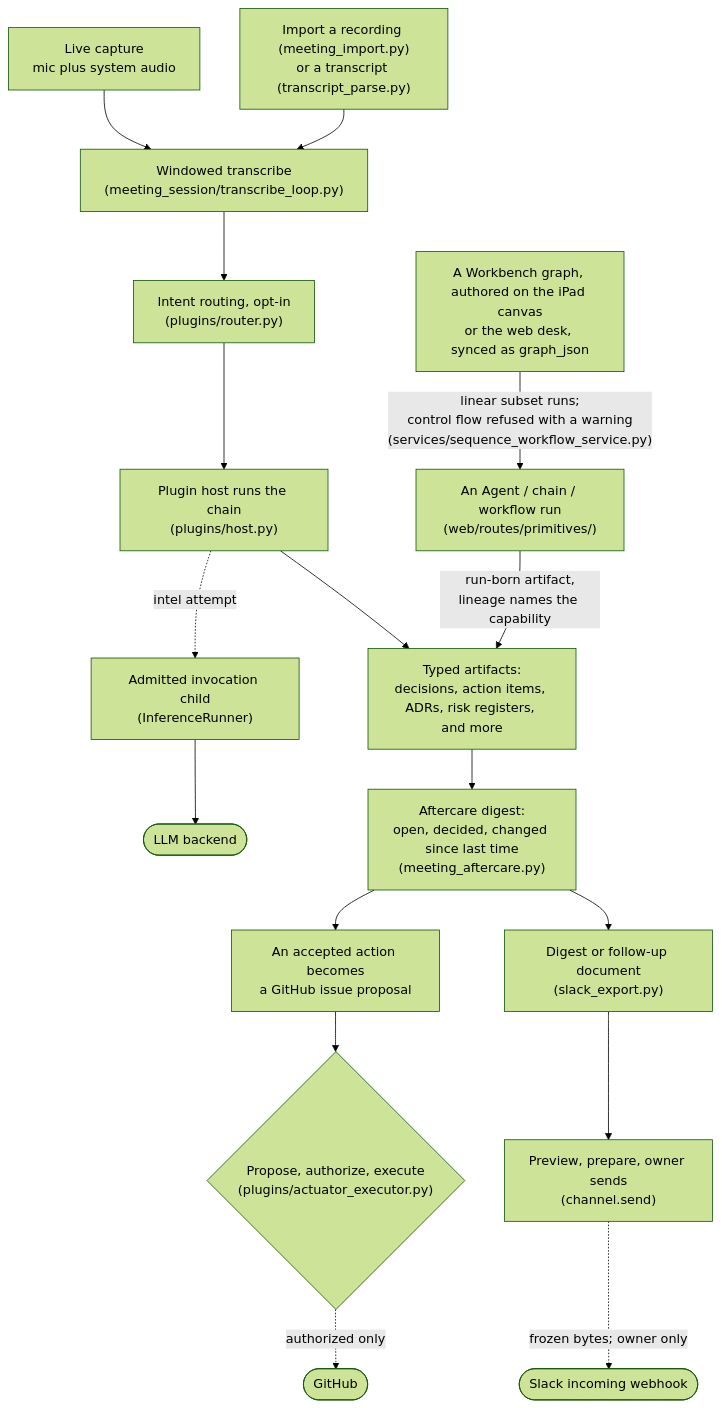
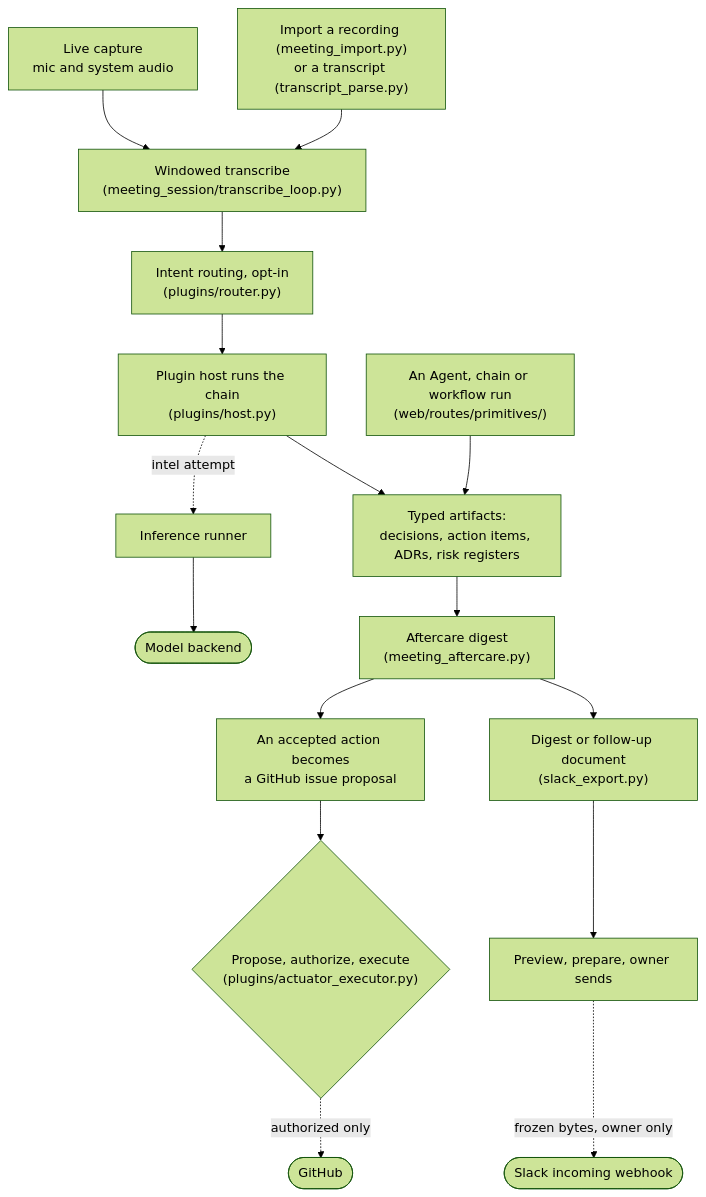
One commit to karolswdev/HoldSpeak changed the fourth of 8 diagrams in docs/ARCHITECTURE.md. Above: the diagram before and after it, drawn with Mermaid (forest theme). The commit also changed other lines of this file and 66 other files, not shown here.

````diff
--- a/docs/ARCHITECTURE.md
+++ b/docs/ARCHITECTURE.md
@@ -458,20 +243,19 @@
 ```mermaid
 flowchart TD
-  LIVE["Live capture<br/>mic plus system audio"] --> TRW
+  LIVE["Live capture<br/>mic and system audio"] --> TRW
   IMP["Import a recording (meeting_import.py)<br/>or a transcript (transcript_parse.py)"] --> TRW
   TRW["Windowed transcribe<br/>(meeting_session/transcribe_loop.py)"] --> ROUTE
   ROUTE["Intent routing, opt-in<br/>(plugins/router.py)"] --> HOST
   HOST["Plugin host runs the chain<br/>(plugins/host.py)"]
-  HOST -. "intel attempt" .-> IR["Admitted invocation child<br/>(InferenceRunner)"]
-  IR --> LLM(["LLM backend"])
-  HOST --> ART["Typed artifacts:<br/>decisions, action items, ADRs, risk registers, and more"]
-  RUNB["An Agent / chain / workflow run<br/>(web/routes/primitives/)"] -- "run-born artifact,<br/>lineage names the capability" --> ART
-  GRAPH["A Workbench graph, authored on the iPad canvas<br/>or the web desk, synced as graph_json"] -- "linear subset runs;<br/>control flow refused with a warning<br/>(services/sequence_workflow_service.py)" --> RUNB
-  ART --> AFT["Aftercare digest:<br/>open, decided, changed since last time<br/>(meeting_aftercare.py)"]
+  HOST -. "intel attempt" .-> IR["Inference runner"]
+  IR --> LLM(["Model backend"])
+  HOST --> ART["Typed artifacts:<br/>decisions, action items, ADRs, risk registers"]
+  RUNB["An Agent, chain or workflow run<br/>(web/routes/primitives/)"] --> ART
+  ART --> AFT["Aftercare digest<br/>(meeting_aftercare.py)"]
   AFT --> ISSUE["An accepted action becomes<br/>a GitHub issue proposal"]
   AFT --> SLACK["Digest or follow-up document<br/>(slack_export.py)"]
   ISSUE --> APV{"Propose, authorize, execute<br/>(plugins/actuator_executor.py)"}
-  SLACK --> SEND["Preview, prepare, owner sends<br/>(channel.send)"]
-  SEND -. "frozen bytes; owner only" .-> SLEXT(["Slack incoming webhook"])
+  SLACK --> SEND["Preview, prepare, owner sends"]
+  SEND -. "frozen bytes, owner only" .-> SLEXT(["Slack incoming webhook"])
   APV -. "authorized only" .-> EXT(["GitHub"])
 ```
````
